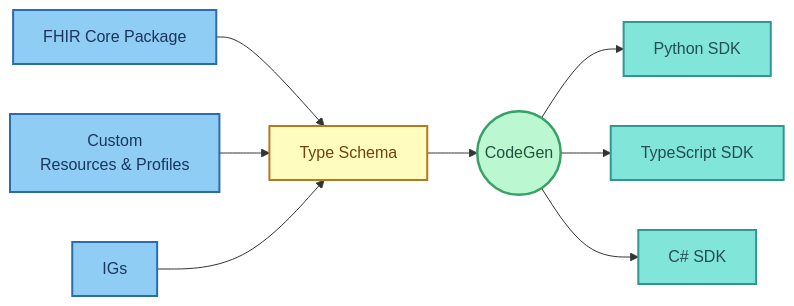
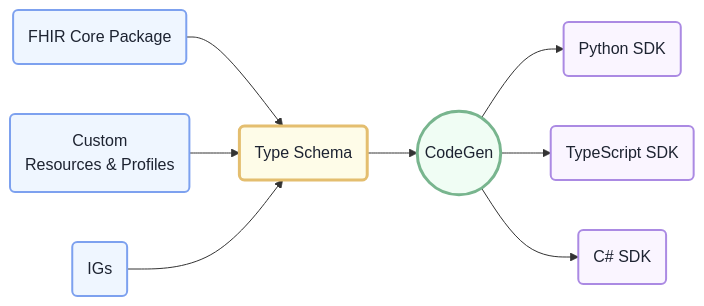
Before and after one commit to HealthSamurai/documentation: the first of 2 diagrams in docs/developer-experience/developer-experience-overview.md, drawn with Mermaid. The commit also changed other lines of this file and 2 other files, not shown here.

Commit message:
update mermaid diagrams

````diff
--- a/docs/developer-experience/developer-experience-overview.md
+++ b/docs/developer-experience/developer-experience-overview.md
@@ -94,20 +94,35 @@
 ```mermaid
 flowchart LR
-    A[FHIR Core Package]:::import --> C[Type Schema]:::schema
-    C --> D((CodeGen)):::processor
-    D --> E[Python SDK]:::result
-    D --> F[TypeScript SDK]:::result
-    D --> G[C# SDK]:::result
-    H[Custom<br/>Resources & Profiles]:::import --> C
-    I[IGs]:::import --> C
+    %% NODE STYLES - RED COLOR VARIATIONS
+    classDef red1 fill:#fef2f2,stroke:#F58685,stroke-width:1px,color:#1D2331
+    classDef red2 fill:#fef2f2,stroke:#F58685,stroke-width:2px,color:#1D2331
+    classDef red3 fill:#fef2f2,stroke:#F58685,stroke-width:3px,color:#1D2331
+    %% NODE STYLES - BLUE COLOR VARIATIONS
+    classDef blue1 fill:#eff6ff,stroke:#7DA1EF,stroke-width:1px,color:#1D2331
+    classDef blue2 fill:#eff6ff,stroke:#7DA1EF,stroke-width:2px,color:#1D2331
+    classDef blue3 fill:#eff6ff,stroke:#7DA1EF,stroke-width:3px,color:#1D2331
+    %% NODE STYLES - VIOLET COLOR VARIATIONS
+    classDef violet1 fill:#faf5ff,stroke:#AB8AE3,stroke-width:1px,color:#1D2331
+    classDef violet2 fill:#faf5ff,stroke:#AB8AE3,stroke-width:2px,color:#1D2331
+    classDef violet3 fill:#faf5ff,stroke:#AB8AE3,stroke-width:3px,color:#1D2331
+    %% NODE STYLES - GREEN COLOR VARIATIONS
+    classDef green1 fill:#f0fdf4,stroke:#78B58E,stroke-width:1px,color:#1D2331
+    classDef green2 fill:#f0fdf4,stroke:#78B58E,stroke-width:2px,color:#1D2331
+    classDef green3 fill:#f0fdf4,stroke:#78B58E,stroke-width:3px,color:#1D2331
+    %% NODE STYLES - YELLOW COLOR VARIATIONS
+    classDef yellow1 fill:#fefce8,stroke:#E4BE6F,stroke-width:1px,color:#1D2331
+    classDef yellow2 fill:#fefce8,stroke:#E4BE6F,stroke-width:2px,color:#1D2331
+    classDef yellow3 fill:#fefce8,stroke:#E4BE6F,stroke-width:3px,color:#1D2331
+    %% NODE STYLES - NEUTRAL COLOR VARIATIONS
+    classDef neutral1 fill:#F5F5F6,stroke:#CCCED3,stroke-width:1px,color:#1D2331
+    classDef neutral2 fill:#F5F5F6,stroke:#CCCED3,stroke-width:2px,color:#1D2331
+    classDef neutral3 fill:#F5F5F6,stroke:#CCCED3,stroke-width:3px,color:#1D2331
 
-    classDef import fill:#90cdf4,stroke:#2b6cb0,stroke-width:2px,color:#1a365d;
-    classDef schema fill:#fefcbf,stroke:#b7791f,stroke-width:2px,color:#744210;
-    classDef processor fill:#bbf7d0,stroke:#38a169,stroke-width:2.5px,color:#22543d;
-    classDef result fill:#81e6d9,stroke:#319795,stroke-width:2px,color:#234e52;
-
-    class A,H,I import;
-    class C schema;
-    class D processor;
-    class E,F,G result;
+    A(FHIR Core Package):::blue2 --> C(Type Schema):::yellow3
+    H(Custom<br/>Resources & Profiles):::blue2 --> C
+    I(IGs):::blue2 --> C
+    C --> D((CodeGen)):::green3
+    D --> E(Python SDK):::violet2
+    D --> F(TypeScript SDK):::violet2
+    D --> G(C# SDK):::violet2
 ```
````
